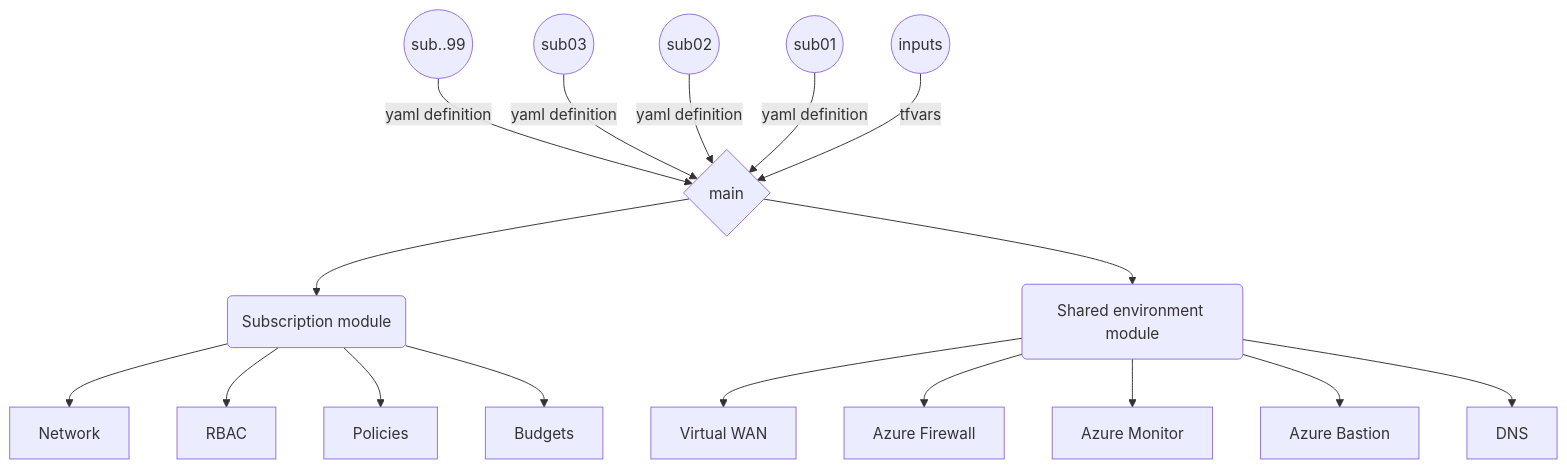
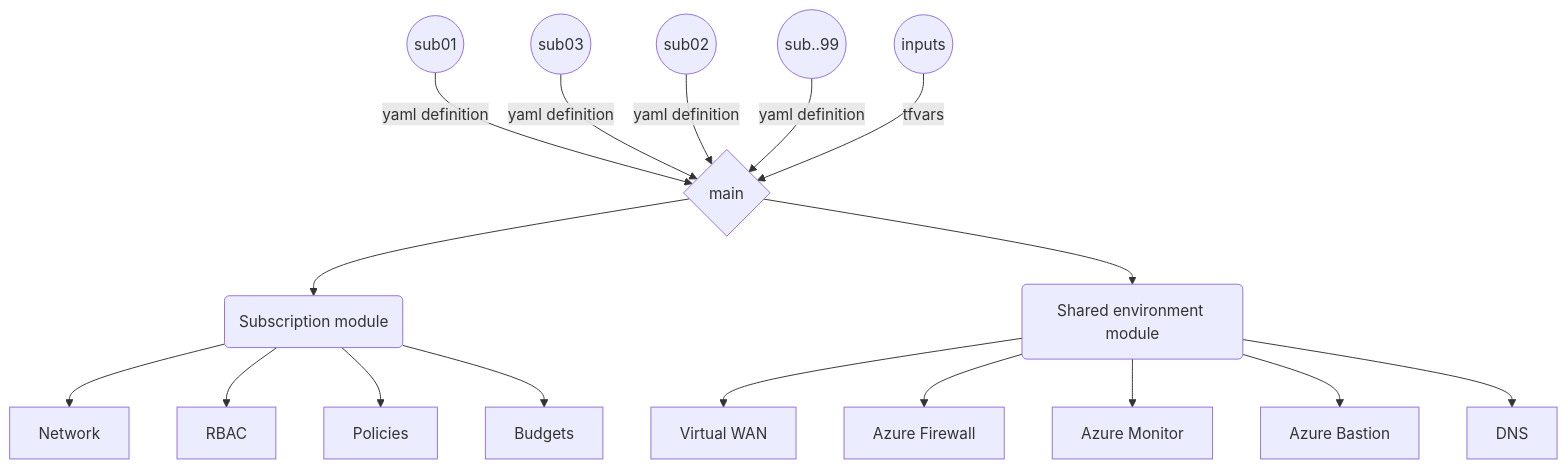
Before and after one commit to tomas-iac/docs: the first of 5 diagrams in README.md, drawn with Mermaid. The commit also changed other lines of this file, not shown here.

````diff
--- a/README.md
+++ b/README.md
@@ -21,19 +21,19 @@
 ```mermaid
 graph TD;
     main{main} --> sub(Subscription module);
     main{main} --> shared(Shared environment module);
-    sub..99((sub..99)) -- yaml definition --> main;
+    sub01((sub01)) -- yaml definition --> main;
     sub03((sub03)) -- yaml definition --> main
     sub02((sub02)) -- yaml definition --> main;
-    sub01((sub01)) -- yaml definition --> main;
+    sub..99((sub..99)) -- yaml definition --> main;
     inputs((inputs)) -- tfvars --> main;
     sub --> Network;
     sub --> RBAC;
     sub --> Policies;
     sub --> Budgets;
     shared --> vwan[Virtual WAN];
     shared --> fw[Azure Firewall];
     shared --> monitor[Azure Monitor];
     shared --> bastion[Azure Bastion];
     shared --> dns[DNS];
 ```
````
